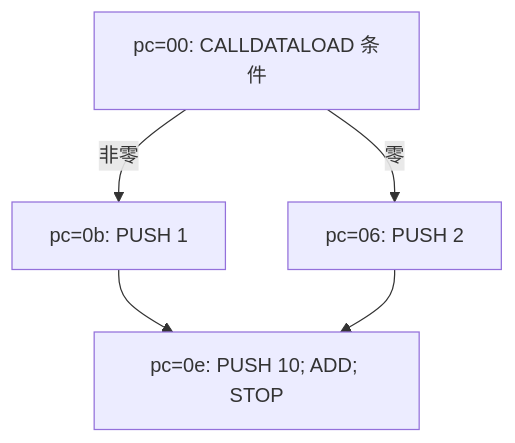
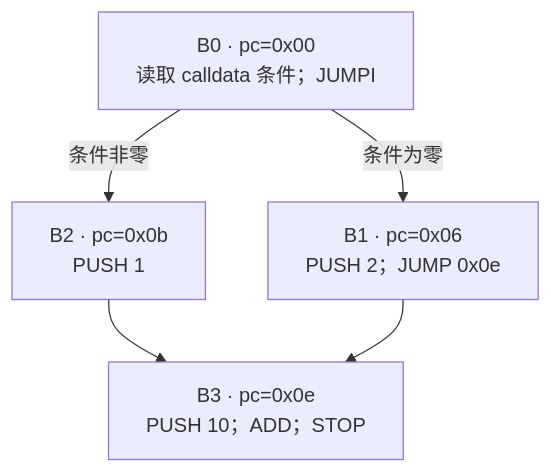
One commit to ethever/evm-abstract-lab changed the first of 2 diagrams in docs/03-cfg.md. Above: the diagram before and after it, drawn with Mermaid. The commit also changed other lines of this file and 13 other files, not shown here.

````diff
--- a/docs/03-cfg.md
+++ b/docs/03-cfg.md
@@ -11,7 +17,7 @@
 ```mermaid
 flowchart TD
-    A[pc=00: CALLDATALOAD 条件] -->|非零| B[pc=0b: PUSH 1]
-    A -->|零| C[pc=06: PUSH 2]
-    B --> D[pc=0e: PUSH 10; ADD; STOP]
+    A["B0 · pc=0x00<br/>读取 calldata 条件；JUMPI"] -->|条件非零| B["B2 · pc=0x0b<br/>PUSH 1"]
+    A -->|条件为零| C["B1 · pc=0x06<br/>PUSH 2；JUMP 0x0e"]
+    B --> D["B3 · pc=0x0e<br/>PUSH 10；ADD；STOP"]
     C --> D
 ```
````
